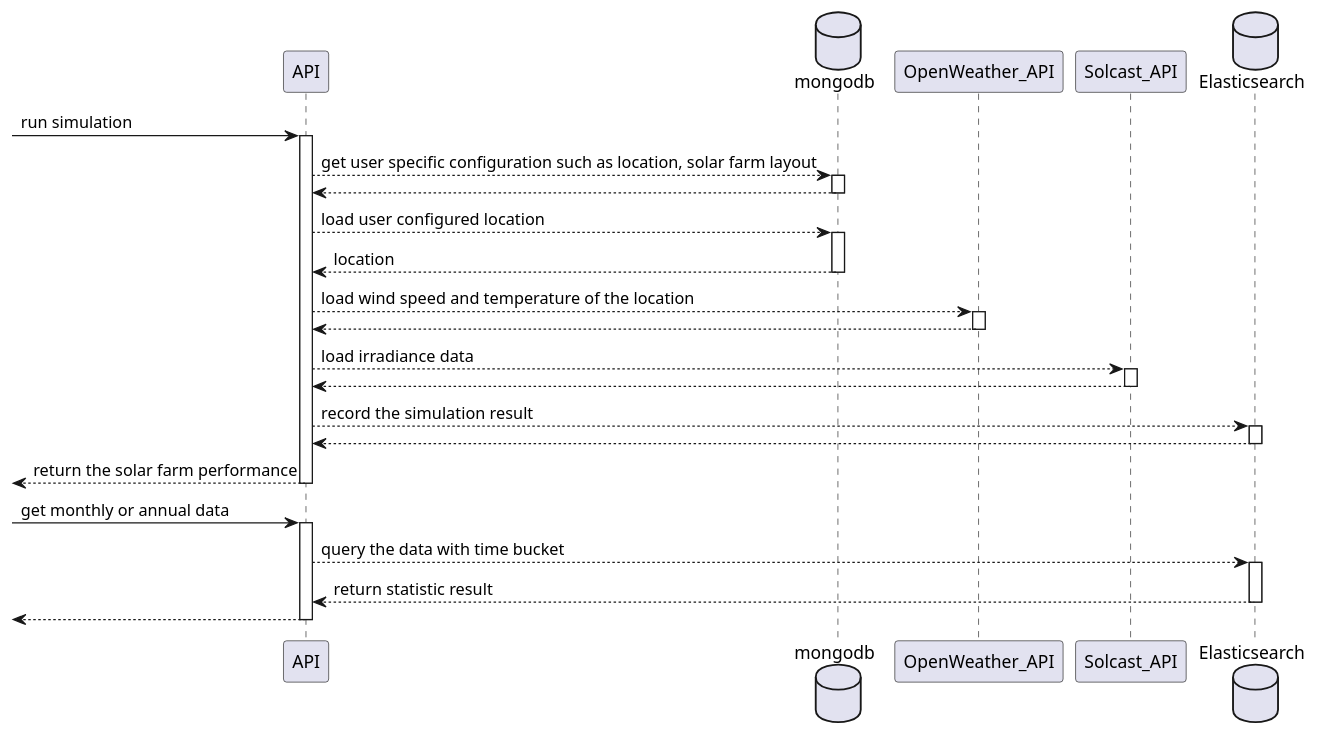
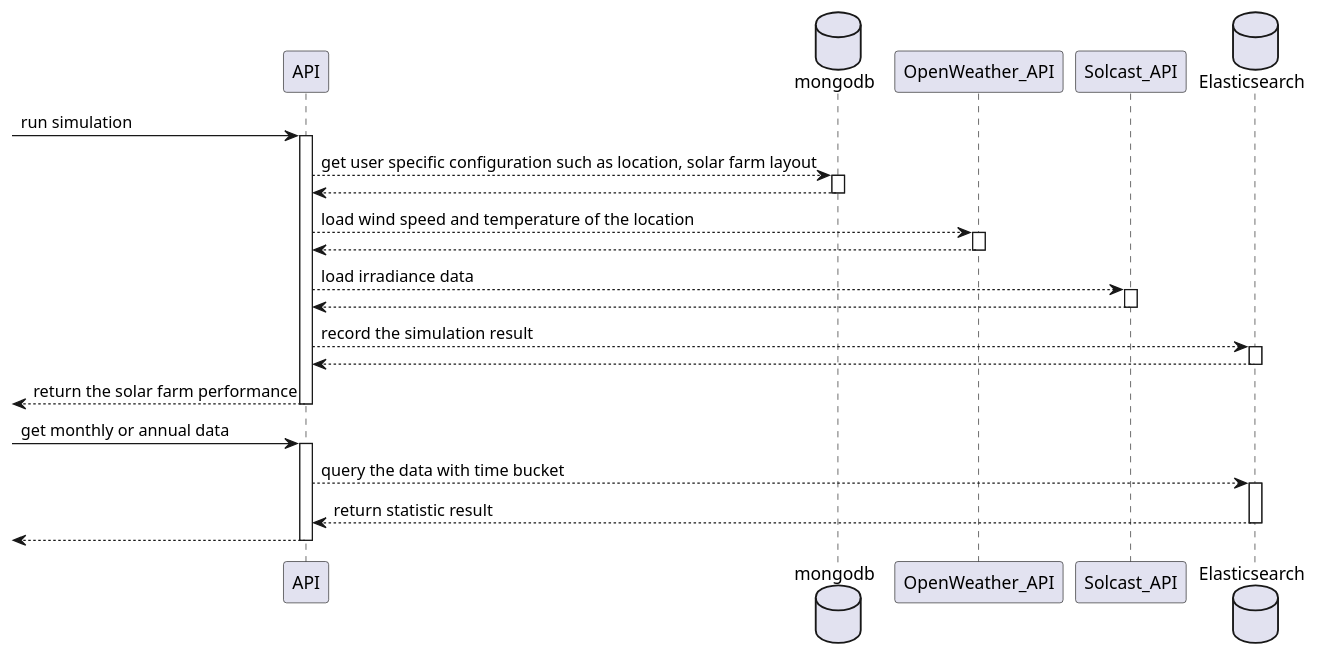
One commit to fbcharles747/Capstone_PV_API changed the diagram in data_engineering.puml. Above: the diagram before and after it, drawn with PlantUML.

Commit message:
correct the diagram

```diff
--- a/data_engineering.puml
+++ b/data_engineering.puml
@@ -1,34 +1,32 @@
 @startuml data_engineering
 
 
 participant API
 database mongodb
 participant OpenWeather_API
 participant Solcast_API
 database Elasticsearch
 
 
 
 
 
 
     ->API++:run simulation
         API --> mongodb++:get user specific configuration such as location, solar farm layout
         mongodb-->API--
-        API-->mongodb++:load user configured location
-        mongodb-->API--:location
         API --> OpenWeather_API++:load wind speed and temperature of the location
         OpenWeather_API-->API--
         API --> Solcast_API++:load irradiance data
         Solcast_API --> API--
         API -->Elasticsearch++:record the simulation result
         Elasticsearch --> API--
     <--API--: return the solar farm performance
 
     ->API++:get monthly or annual data
         API-->Elasticsearch++:query the data with time bucket
         Elasticsearch -->API--: return statistic result
     <-- API--
 
 
 @enduml
```
